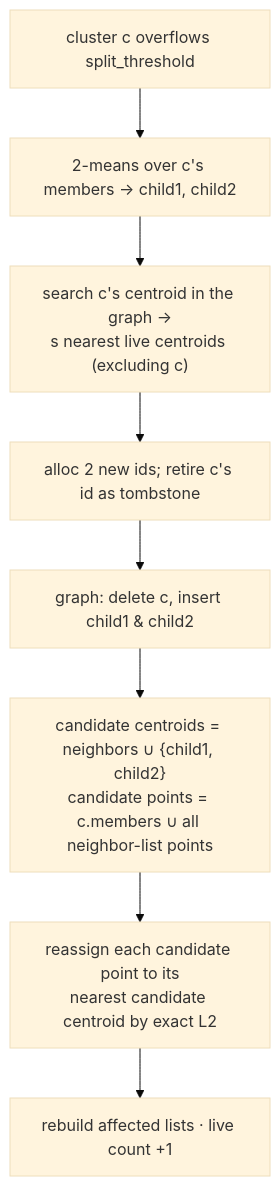
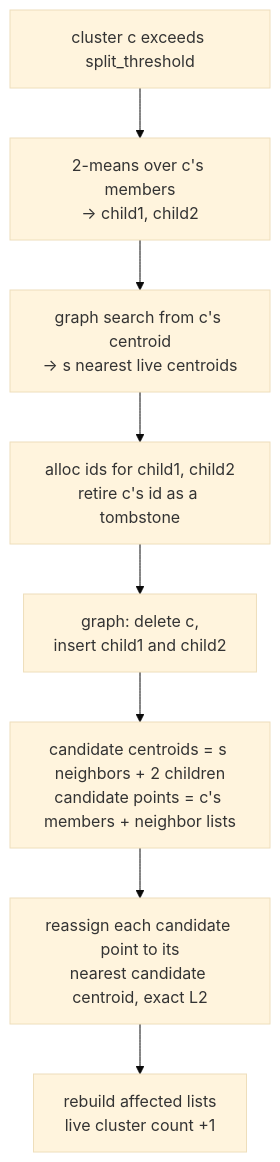
The third of 4 diagrams in diskann-graphivf/ONLINE.md (microsoft/DiskANN), drawn with Mermaid (base theme) before and after one commit. The commit also changed other lines of this file and 47 other files, not shown here.

First line of the commit message:
graph-ivf: run builds and sweeps through the benchmark harness

````diff
--- a/diskann-graphivf/ONLINE.md
+++ b/diskann-graphivf/ONLINE.md
@@ -219,10 +235,12 @@
 ```mermaid
 flowchart TD
-    S0[cluster c overflows split_threshold] --> S1["2-means over c's members → child1, child2"]
-    S1 --> S2["search c's centroid in the graph →<br/>s nearest live centroids (excluding c)"]
-    S2 --> S3[alloc 2 new ids; retire c's id as tombstone]
-    S3 --> S4[graph: delete c, insert child1 &amp; child2]
-    S4 --> S5["candidate centroids = neighbors ∪ {child1, child2}<br/>candidate points = c.members ∪ all neighbor-list points"]
-    S5 --> S6[reassign each candidate point to its<br/>nearest candidate centroid by exact L2]
-    S6 --> S7[rebuild affected lists · live count +1]
+    S0["cluster c exceeds split_threshold"]
+    S1["2-means over c's members<br/>→ child1, child2"]
+    S2["graph search from c's centroid<br/>→ s nearest live centroids"]
+    S3["alloc ids for child1, child2<br/>retire c's id as a tombstone"]
+    S4["graph: delete c,<br/>insert child1 and child2"]
+    S5["candidate centroids = s neighbors + 2 children<br/>candidate points = c's members + neighbor lists"]
+    S6["reassign each candidate point to its<br/>nearest candidate centroid, exact L2"]
+    S7["rebuild affected lists<br/>live cluster count +1"]
+    S0 --> S1 --> S2 --> S3 --> S4 --> S5 --> S6 --> S7
 ```
````
